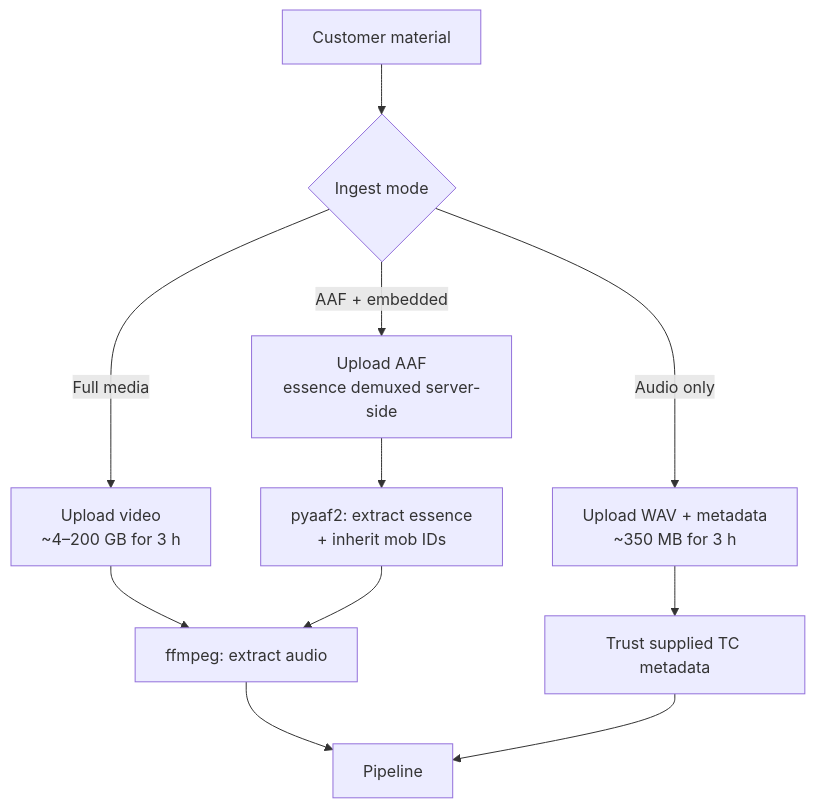
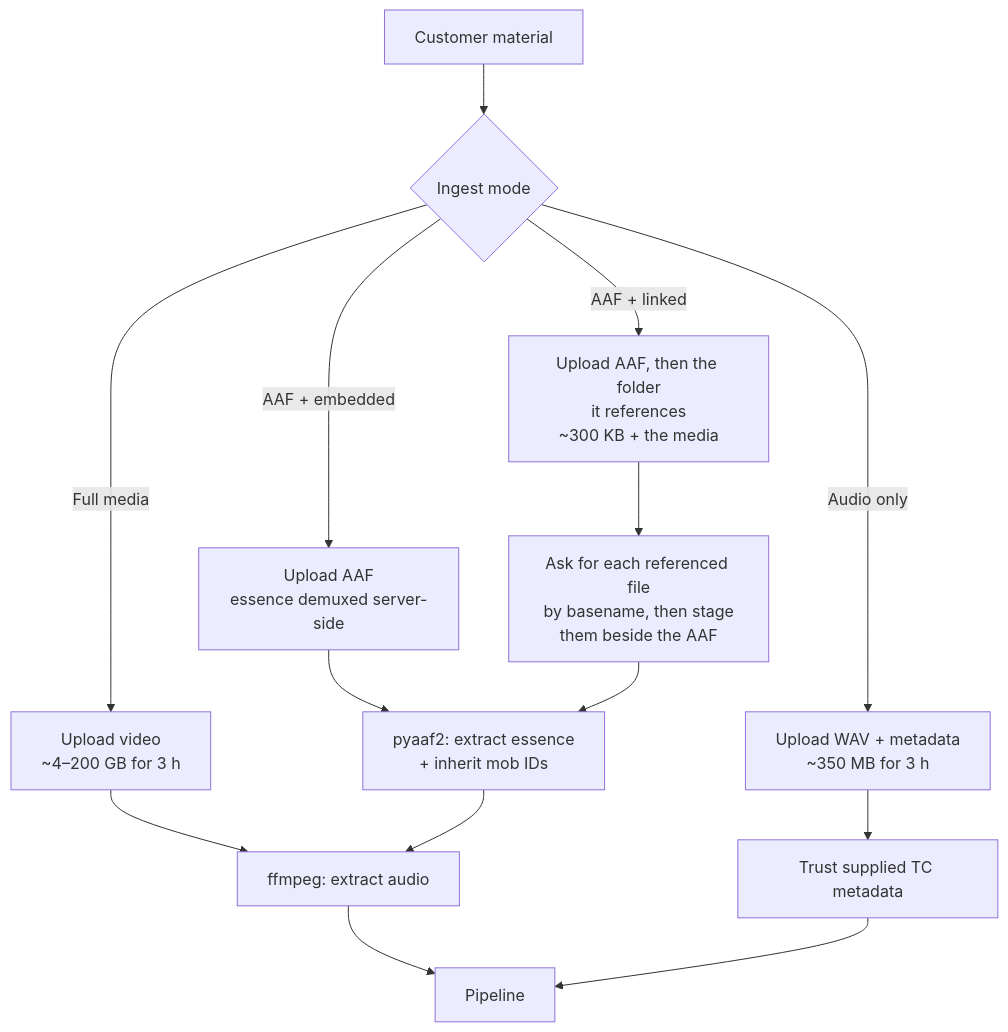
One commit to alonraif/mishne.ai changed the diagram in docs/architecture/02-media-and-interchange.md. Above: the diagram before and after it, drawn with Mermaid. The commit also changed other lines of this file and 47 other files, not shown here.

````diff
--- a/docs/architecture/02-media-and-interchange.md
+++ b/docs/architecture/02-media-and-interchange.md
@@ -34,14 +34,16 @@
 ```mermaid
 flowchart TD
     A["Customer material"] --> B{"Ingest mode"}
     B -->|"Full media"| C["Upload video<br/>~4–200 GB for 3 h"]
     B -->|"AAF + embedded"| D["Upload AAF<br/>essence demuxed server-side"]
+    B -->|"AAF + linked"| L["Upload AAF, then the folder<br/>it references<br/>~300 KB + the media"]
     B -->|"Audio only"| E["Upload WAV + metadata<br/>~350 MB for 3 h"]
 
     C --> F["ffmpeg: extract audio"]
     D --> G["pyaaf2: extract essence<br/>+ inherit mob IDs"] --> F
+    L --> M["Ask for each referenced file<br/>by basename, then stage<br/>them beside the AAF"] --> G
     E --> H["Trust supplied TC metadata"]
 
     F --> I["Pipeline"]
     H --> I
 ```
````
